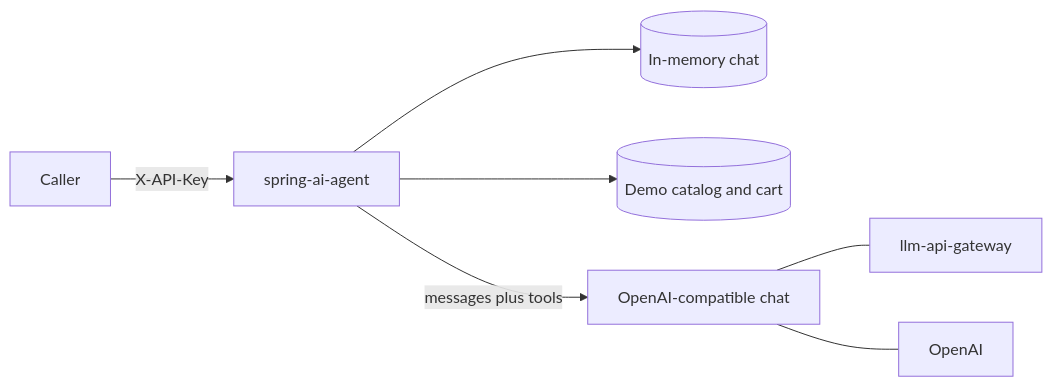
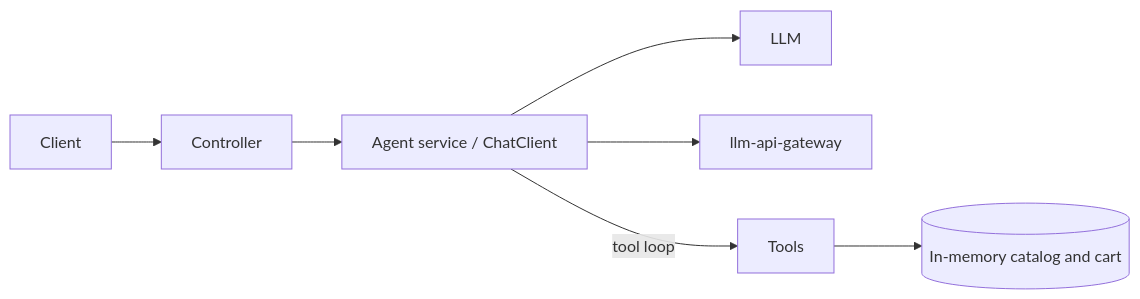
The first of 2 diagrams in README.md (sandeepvedavyas/spring-ai-agent), drawn with Mermaid before and after one commit. The commit also changed other lines of this file and 3 other files, not shown here.

````diff
--- a/README.md
+++ b/README.md
@@ -23,15 +19,15 @@
 ```mermaid
 flowchart LR
-  caller[Caller]
-  api[spring-ai-agent]
-  memory[(In-memory chat)]
-  catalog[(Demo catalog and cart)]
-  upstream[OpenAI-compatible chat]
+  client[Client]
+  controller[Controller]
+  agent[Agent service / ChatClient]
+  llm[LLM]
+  gateway[llm-api-gateway]
+  tools[Tools]
+  store[(In-memory catalog and cart)]
 
-  caller -->|"X-API-Key"| api
-  api --> memory
-  api --> catalog
-  api -->|"messages plus tools"| upstream
-  upstream --- gateway[llm-api-gateway]
-  upstream --- openai[OpenAI]
+  client --> controller --> agent
+  agent --> llm
+  agent --> gateway
+  agent -->|tool loop| tools --> store
 ```
````
